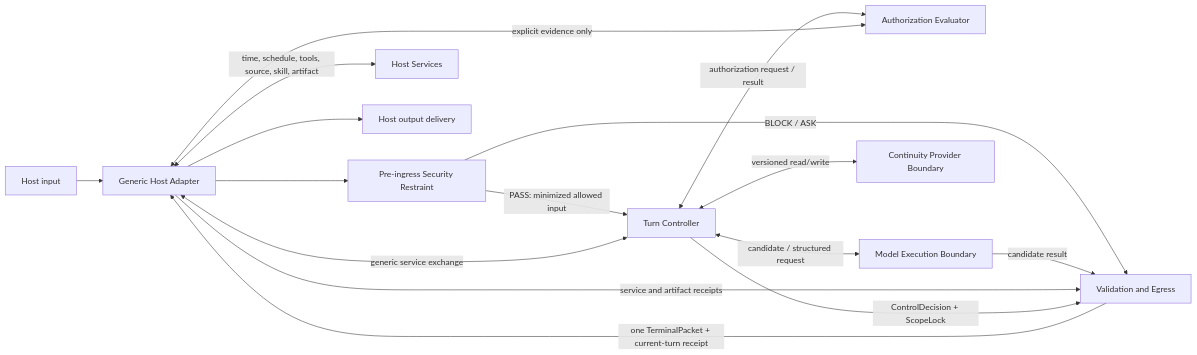
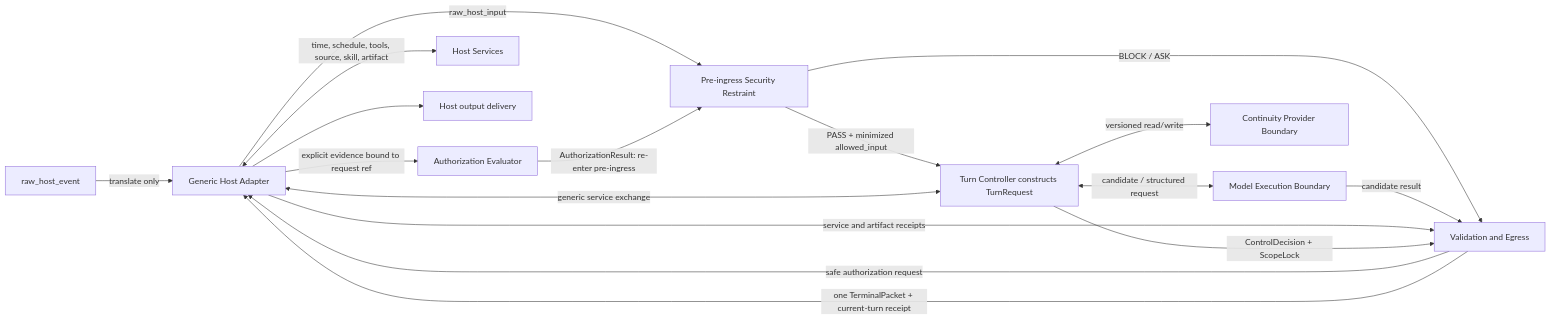
Before and after one commit to blueprintsage/Blu_Core: the diagram in docs/architecture/successor_component_graph.md, drawn with Mermaid. The commit also changed other lines of this file and 18 other files, not shown here.

Commit message:
fix(BC-018): align ingress and authorization contracts

````diff
--- a/docs/architecture/successor_component_graph.md
+++ b/docs/architecture/successor_component_graph.md
@@ -10,18 +10,19 @@
 ```mermaid
 flowchart LR
-    Host["Host input"] --> Adapter["Generic Host Adapter"]
-    Adapter --> OPSEC["Pre-ingress Security Restraint"]
-    OPSEC -->|"PASS: minimized allowed input"| Controller["Turn Controller"]
+    Host["raw_host_event"] -->|"translate only"| Adapter["Generic Host Adapter"]
+    Adapter -->|"raw_host_input"| OPSEC["Pre-ingress Security Restraint"]
+    OPSEC -->|"PASS + minimized allowed_input"| Controller["Turn Controller constructs TurnRequest"]
     OPSEC -->|"BLOCK / ASK"| Egress["Validation and Egress"]
-    Controller <-->|"authorization request / result"| Auth["Authorization Evaluator"]
-    Auth <-->|"explicit evidence only"| Adapter
+    Egress -->|"safe authorization request"| Adapter
+    Adapter -->|"explicit evidence bound to request ref"| Auth["Authorization Evaluator"]
+    Auth -->|"AuthorizationResult: re-enter pre-ingress"| OPSEC
     Controller <-->|"candidate / structured request"| Model["Model Execution Boundary"]
     Controller <-->|"generic service exchange"| Adapter
     Adapter <-->|"time, schedule, tools, source, skill, artifact"| Services["Host Services"]
     Controller <-->|"versioned read/write"| Continuity["Continuity Provider Boundary"]
     Model -->|"candidate result"| Egress
     Adapter -->|"service and artifact receipts"| Egress
     Controller -->|"ControlDecision + ScopeLock"| Egress
     Egress -->|"one TerminalPacket + current-turn receipt"| Adapter
     Adapter --> Output["Host output delivery"]
 ```
````
